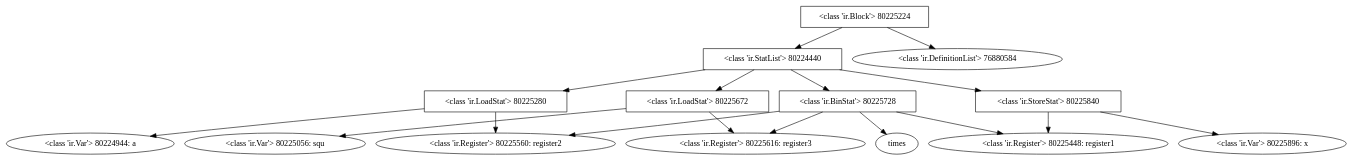
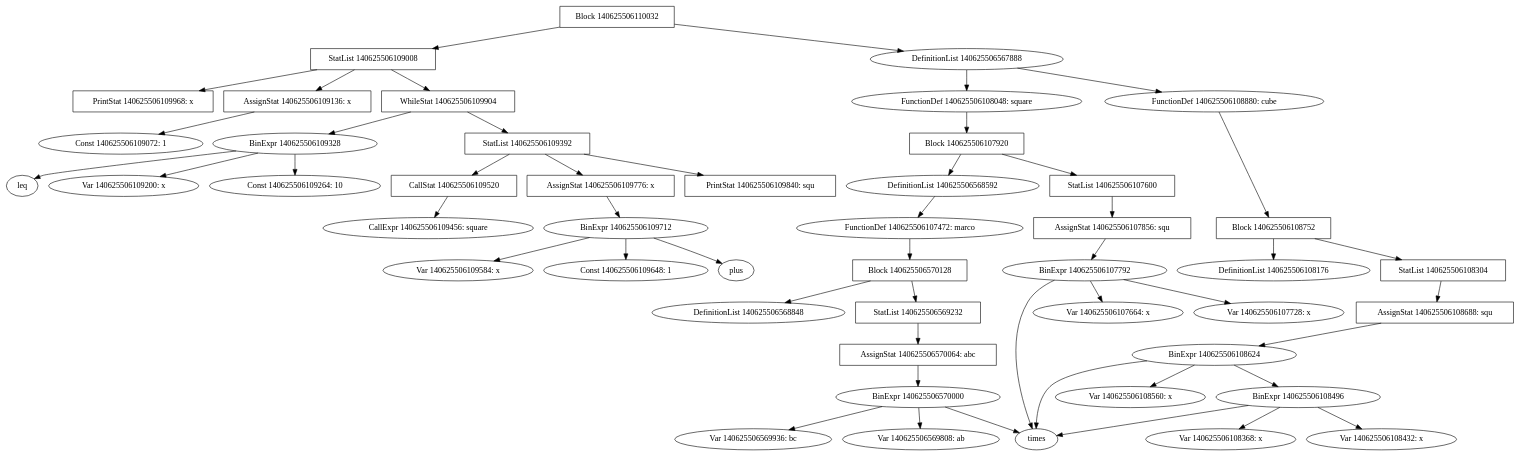
One commit to AloveIs/COT_lab changed the diagram in log.dot. Above: the diagram before and after it, drawn with Graphviz. The commit also changed 32 other files, not shown here.

```diff
--- a/log.dot
+++ b/log.dot
@@ -1,32 +1,101 @@
 digraph G {
-80225224 [shape=box,label="<class 'ir.Block'> 80225224" ];
-80225224 -> 80224440;
-80225224 -> 76880584;
-80224440 [shape=box,label="<class 'ir.StatList'> 80224440" ];
-80224440 -> 80225280 [pos=0];
-80224440 -> 80225672 [pos=1];
-80224440 -> 80225728 [pos=2];
-80224440 -> 80225840 [pos=3];
-80225280 [shape=box,label="<class 'ir.LoadStat'> 80225280" ];
-80225280 -> 80224944 [pos=0];
-80225280 -> 80225560 [pos=1];
-80224944 [label="<class 'ir.Var'> 80224944: a" ];
-80225560 [label="<class 'ir.Register'> 80225560: register2" ];
-80225672 [shape=box,label="<class 'ir.LoadStat'> 80225672" ];
-80225672 -> 80225056 [pos=0];
-80225672 -> 80225616 [pos=1];
-80225056 [label="<class 'ir.Var'> 80225056: squ" ];
-80225616 [label="<class 'ir.Register'> 80225616: register3" ];
-80225728 [shape=box,label="<class 'ir.BinStat'> 80225728" ];
-80225728 -> 75124448 [pos=0];
-75124448 [label=times];
-80225728 -> 80225560 [pos=1];
-80225728 -> 80225616 [pos=2];
-80225728 -> 80225448 [pos=3];
-80225448 [label="<class 'ir.Register'> 80225448: register1" ];
-80225840 [shape=box,label="<class 'ir.StoreStat'> 80225840" ];
-80225840 -> 80225896 [pos=0];
-80225840 -> 80225448 [pos=1];
-80225896 [label="<class 'ir.Var'> 80225896: x" ];
-76880584 [label="<class 'ir.DefinitionList'> 76880584" ];
+140625506110032 [shape=box,label="Block 140625506110032" ];
+140625506110032 -> 140625506109008;
+140625506110032 -> 140625506567888;
+140625506109008 [shape=box,label="StatList 140625506109008" ];
+140625506109008 -> 140625506109136 [pos=0];
+140625506109008 -> 140625506109904 [pos=1];
+140625506109008 -> 140625506109968 [pos=2];
+140625506109136 [shape=box,label="AssignStat 140625506109136: x" ];
+140625506109136 -> 140625506109072;
+140625506109072 [label="Const 140625506109072: 1" ];
+140625506109904 [shape=box,label="WhileStat 140625506109904" ];
+140625506109904 -> 140625506109392;
+140625506109904 -> 140625506109328;
+140625506109392 [shape=box,label="StatList 140625506109392" ];
+140625506109392 -> 140625506109520 [pos=0];
+140625506109392 -> 140625506109776 [pos=1];
+140625506109392 -> 140625506109840 [pos=2];
+140625506109520 [shape=box,label="CallStat 140625506109520" ];
+140625506109520 -> 140625506109456;
+140625506109456 [label="CallExpr 140625506109456: square" ];
+140625506109776 [shape=box,label="AssignStat 140625506109776: x" ];
+140625506109776 -> 140625506109712;
+140625506109712 [label="BinExpr 140625506109712" ];
+140625506109712 -> 140625531354352 [pos=0];
+140625531354352 [label=plus];
+140625506109712 -> 140625506109584 [pos=1];
+140625506109712 -> 140625506109648 [pos=2];
+140625506109584 [label="Var 140625506109584: x" ];
+140625506109648 [label="Const 140625506109648: 1" ];
+140625506109840 [shape=box,label="PrintStat 140625506109840: squ" ];
+140625506109328 [label="BinExpr 140625506109328" ];
+140625506109328 -> 140625508149408 [pos=0];
+140625508149408 [label=leq];
+140625506109328 -> 140625506109200 [pos=1];
+140625506109328 -> 140625506109264 [pos=2];
+140625506109200 [label="Var 140625506109200: x" ];
+140625506109264 [label="Const 140625506109264: 10" ];
+140625506109968 [shape=box,label="PrintStat 140625506109968: x" ];
+140625506567888 [label="DefinitionList 140625506567888" ];
+140625506567888 -> 140625506108048 [pos=0];
+140625506567888 -> 140625506108880 [pos=1];
+140625506108048 [label="FunctionDef 140625506108048: square" ];
+140625506108048 -> 140625506107920;
+140625506107920 [shape=box,label="Block 140625506107920" ];
+140625506107920 -> 140625506107600;
+140625506107920 -> 140625506568592;
+140625506107600 [shape=box,label="StatList 140625506107600" ];
+140625506107600 -> 140625506107856 [pos=0];
+140625506107856 [shape=box,label="AssignStat 140625506107856: squ" ];
+140625506107856 -> 140625506107792;
+140625506107792 [label="BinExpr 140625506107792" ];
+140625506107792 -> 140625532370880 [pos=0];
+140625532370880 [label=times];
+140625506107792 -> 140625506107664 [pos=1];
+140625506107792 -> 140625506107728 [pos=2];
+140625506107664 [label="Var 140625506107664: x" ];
+140625506107728 [label="Var 140625506107728: x" ];
+140625506568592 [label="DefinitionList 140625506568592" ];
+140625506568592 -> 140625506107472 [pos=0];
+140625506107472 [label="FunctionDef 140625506107472: marco" ];
+140625506107472 -> 140625506570128;
+140625506570128 [shape=box,label="Block 140625506570128" ];
+140625506570128 -> 140625506569232;
+140625506570128 -> 140625506568848;
+140625506569232 [shape=box,label="StatList 140625506569232" ];
+140625506569232 -> 140625506570064 [pos=0];
+140625506570064 [shape=box,label="AssignStat 140625506570064: abc" ];
+140625506570064 -> 140625506570000;
+140625506570000 [label="BinExpr 140625506570000" ];
+140625506570000 -> 140625532370880 [pos=0];
+140625532370880 [label=times];
+140625506570000 -> 140625506569808 [pos=1];
+140625506570000 -> 140625506569936 [pos=2];
+140625506569808 [label="Var 140625506569808: ab" ];
+140625506569936 [label="Var 140625506569936: bc" ];
+140625506568848 [label="DefinitionList 140625506568848" ];
+140625506108880 [label="FunctionDef 140625506108880: cube" ];
+140625506108880 -> 140625506108752;
+140625506108752 [shape=box,label="Block 140625506108752" ];
+140625506108752 -> 140625506108304;
+140625506108752 -> 140625506108176;
+140625506108304 [shape=box,label="StatList 140625506108304" ];
+140625506108304 -> 140625506108688 [pos=0];
+140625506108688 [shape=box,label="AssignStat 140625506108688: squ" ];
+140625506108688 -> 140625506108624;
+140625506108624 [label="BinExpr 140625506108624" ];
+140625506108624 -> 140625532370880 [pos=0];
+140625532370880 [label=times];
+140625506108624 -> 140625506108496 [pos=1];
+140625506108624 -> 140625506108560 [pos=2];
+140625506108496 [label="BinExpr 140625506108496" ];
+140625506108496 -> 140625532370880 [pos=0];
+140625532370880 [label=times];
+140625506108496 -> 140625506108368 [pos=1];
+140625506108496 -> 140625506108432 [pos=2];
+140625506108368 [label="Var 140625506108368: x" ];
+140625506108432 [label="Var 140625506108432: x" ];
+140625506108560 [label="Var 140625506108560: x" ];
+140625506108176 [label="DefinitionList 140625506108176" ];
 }
```
